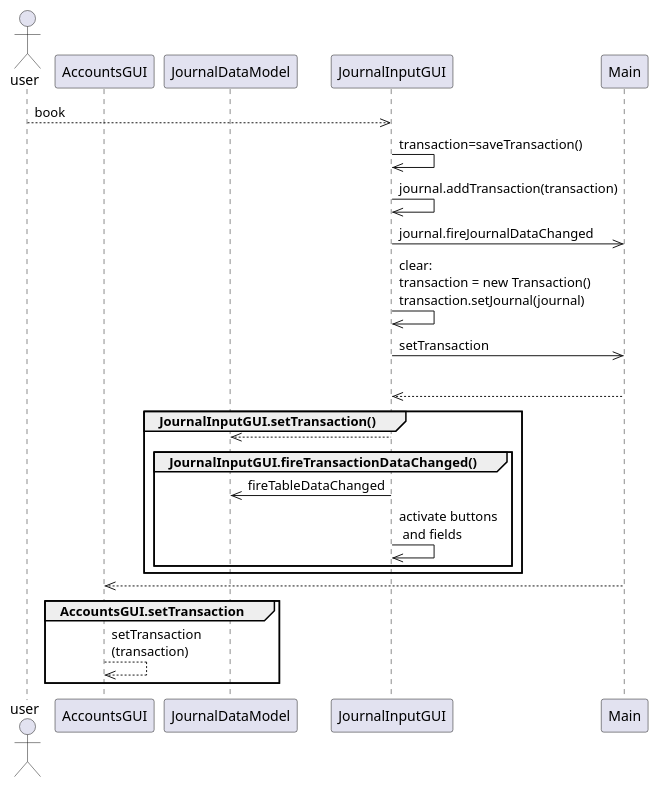
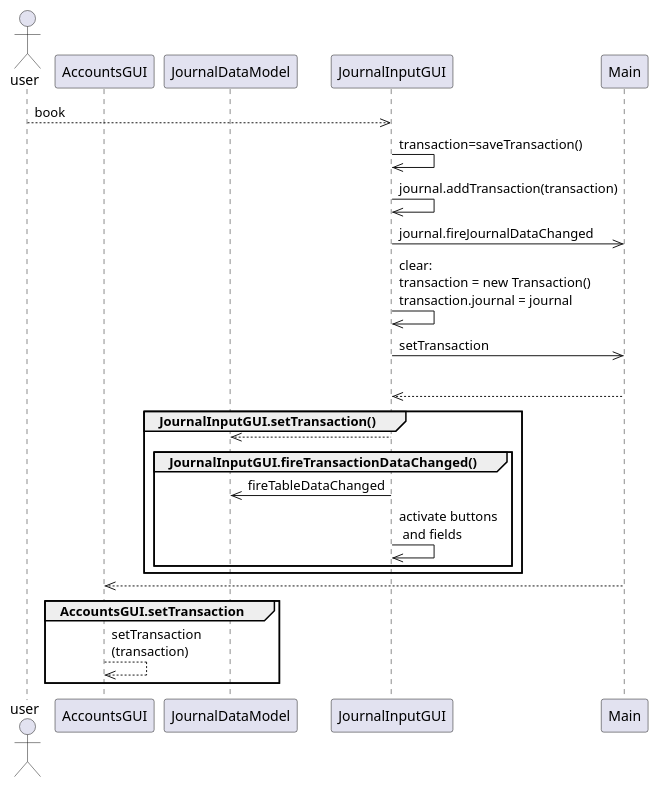
Before and after one commit to DavidCADanneels/Accounting: the diagram in seed/BookTransaction.puml, drawn with PlantUML. The commit also changed 295 other files, not shown here.

```diff
--- a/seed/BookTransaction.puml
+++ b/seed/BookTransaction.puml
@@ -1,28 +1,28 @@
 @startuml
 actor user
 participant AccountsGUI
 'participant TransactionActions
 participant JournalDataModel
 participant JournalInputGUI
 participant Main
 
 user-->>JournalInputGUI:book
 JournalInputGUI->>JournalInputGUI:transaction=saveTransaction()
 JournalInputGUI->>JournalInputGUI:journal.addTransaction(transaction)
 JournalInputGUI->>Main:journal.fireJournalDataChanged
-JournalInputGUI->>JournalInputGUI:clear:\ntransaction = new Transaction()\ntransaction.setJournal(journal)
+JournalInputGUI->>JournalInputGUI:clear:\ntransaction = new Transaction()\ntransaction.journal = journal
 JournalInputGUI->>Main:setTransaction
 group Main.setTransaction()
 Main-->>JournalInputGUI
 group JournalInputGUI.setTransaction()
 JournalInputGUI-->>JournalDataModel
 group JournalInputGUI.fireTransactionDataChanged()
 JournalInputGUI->>JournalDataModel:fireTableDataChanged
 JournalInputGUI->>JournalInputGUI:activate buttons\n and fields
 end
 end
 Main-->>AccountsGUI
 group AccountsGUI.setTransaction
 AccountsGUI-->>AccountsGUI:setTransaction\n(transaction)
 end
 @enduml
```
